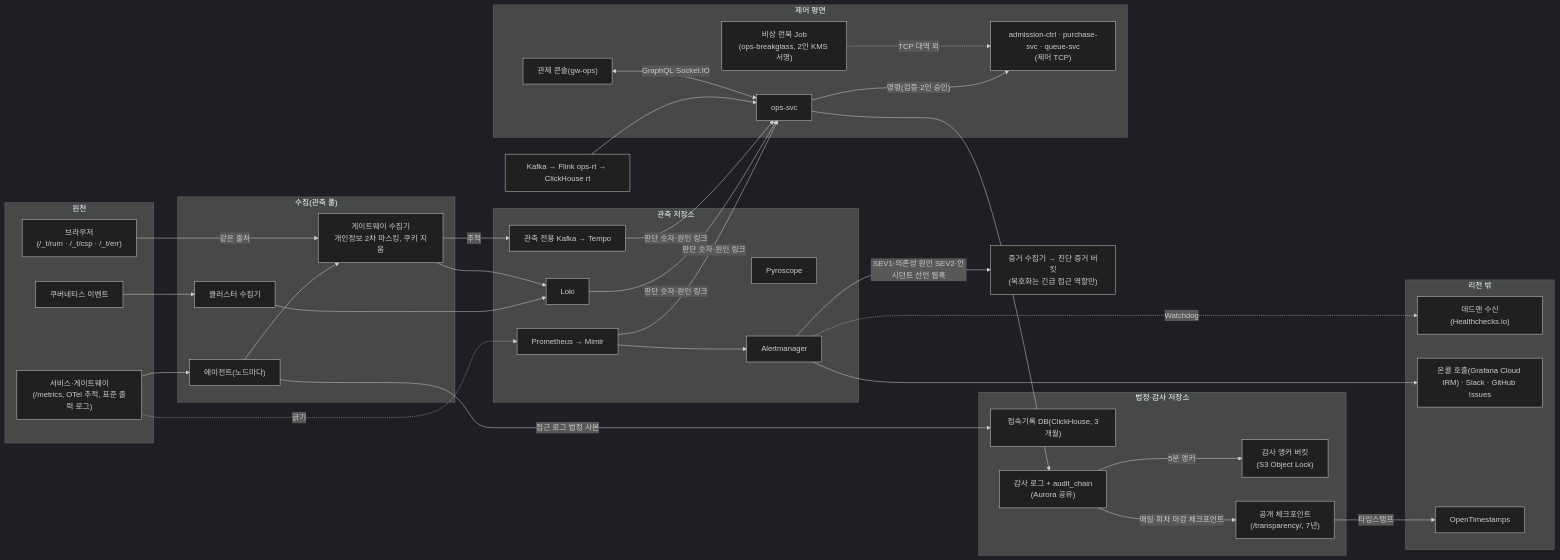
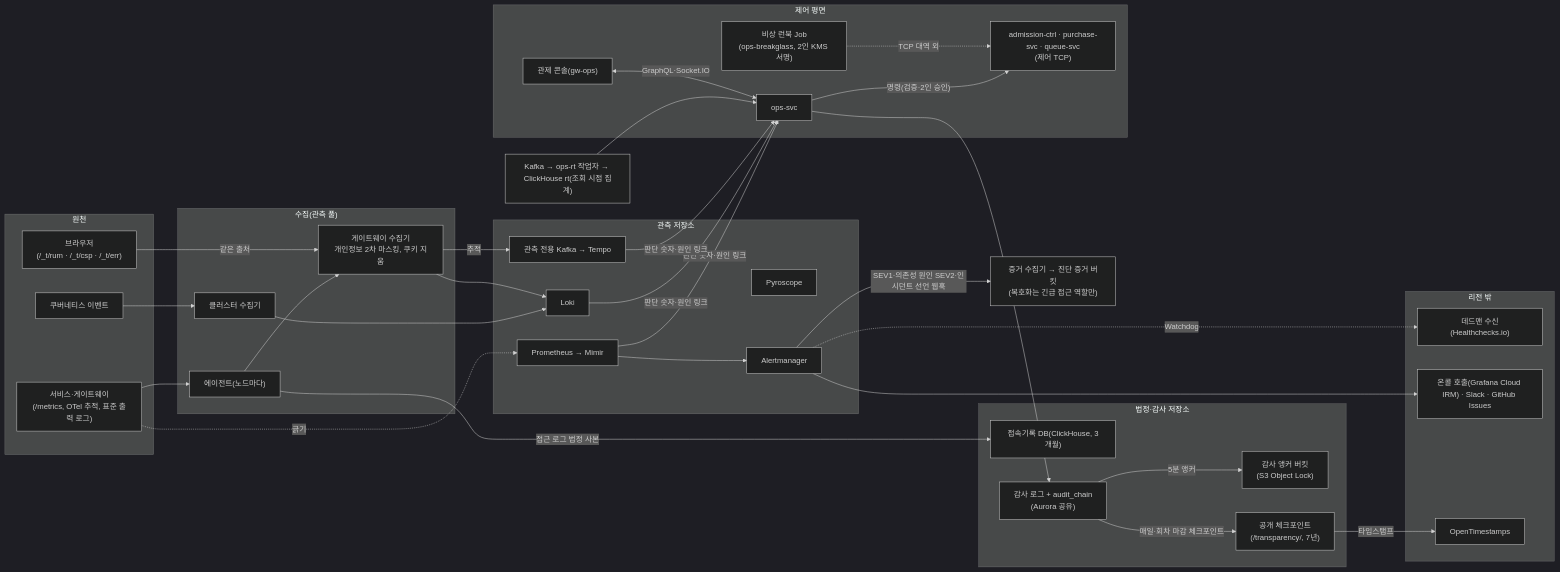
The third of 3 diagrams in docs/infra-handover.md (peaket/peaket), drawn with Mermaid (dark theme) before and after one commit. The commit also changed other lines of this file and 46 other files, not shown here.

````diff
--- a/docs/infra-handover.md
+++ b/docs/infra-handover.md
@@ -210,38 +210,38 @@
 ```mermaid
 flowchart LR
     subgraph SRCS["원천"]
         SV["서비스·게이트웨이<br/>(/metrics, OTel 추적, 표준 출력 로그)"]; BR["브라우저<br/>(/_t/rum · /_t/csp · /_t/err)"]; K8["쿠버네티스 이벤트"]
     end
     subgraph COLLS["수집(관측 풀)"]
         AG["에이전트(노드마다)"]; GC["게이트웨이 수집기<br/>개인정보 2차 마스킹, 쿠키 지움"]; CC["클러스터 수집기"]
     end
     subgraph STORES["관측 저장소"]
         PR["Prometheus → Mimir"]; LK["Loki"]; OK["관측 전용 Kafka → Tempo"]; PY["Pyroscope"]; AM["Alertmanager"]
     end
     subgraph LEGAL["법정·감사 저장소"]
         ACC["접속기록 DB(ClickHouse, 3개월)"]; AUD["감사 로그 + audit_chain<br/>(Aurora 공유)"]; ANC["감사 앵커 버킷<br/>(S3 Object Lock)"]; PUB["공개 체크포인트<br/>(/transparency/, 7년)"]
     end
     subgraph CTRLS["제어 평면"]
         OPS["ops-svc"]; UI["관제 콘솔(gw-ops)"]; JOB["비상 런북 Job<br/>(ops-breakglass, 2인 KMS 서명)"]; CTL["admission-ctrl · purchase-svc · queue-svc<br/>(제어 TCP)"]
     end
     subgraph EXTS["리전 밖"]
         HC["데드맨 수신(Healthchecks.io)"]; IRM["온콜 호출(Grafana Cloud IRM) · Slack · GitHub Issues"]; OTS["OpenTimestamps"]
     end
     SV --> AG --> GC
     BR -->|"같은 출처"| GC
     K8 --> CC --> LK
     AG -->|"접근 로그 법정 사본"| ACC
     GC --> LK
     GC -->|"추적"| OK
     SV -.긁기.-> PR
     PR --> AM --> IRM
     AM -.Watchdog.-> HC
     PR & LK & OK -->|"판단 숫자·원인 링크"| OPS
-    RTT["Kafka → Flink ops-rt → ClickHouse rt"] --> OPS
+    RTT["Kafka → ops-rt 작업자 → ClickHouse rt(조회 시점 집계)"] --> OPS
     UI <-->|"GraphQL·Socket.IO"| OPS
     OPS -->|"명령(검증·2인 승인)"| CTL
     JOB -.TCP 대역 외.-> CTL
     OPS --> AUD -->|"5분 앵커"| ANC
     AUD -->|"매일·회차 마감 체크포인트"| PUB -->|"타임스탬프"| OTS
     AM -->|"SEV1·의존성 원인 SEV2·인시던트 선언 웹훅"| EVD["증거 수집기 → 진단 증거 버킷<br/>(복호화는 긴급 접근 역할만)"]
 ```
````
